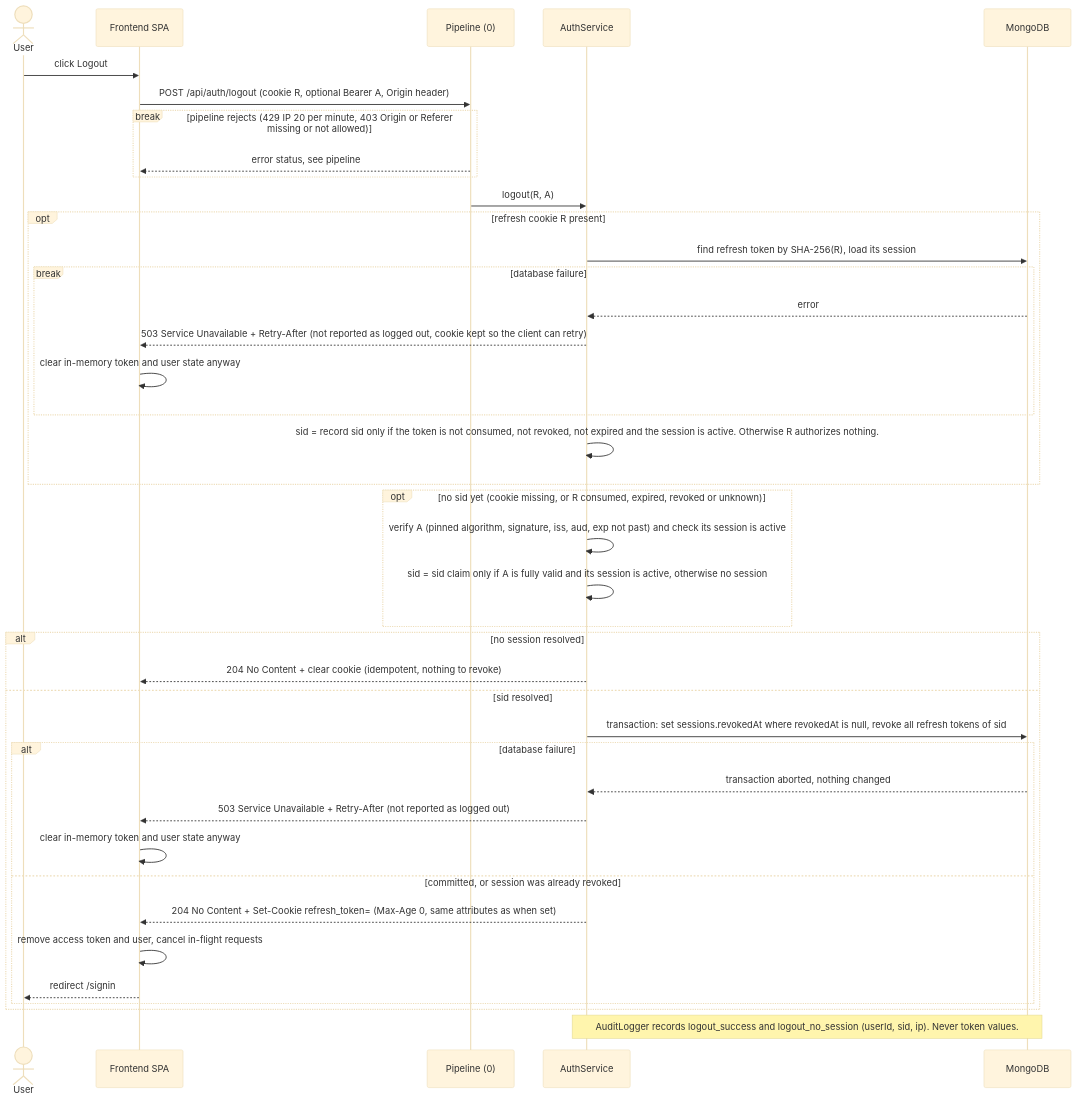
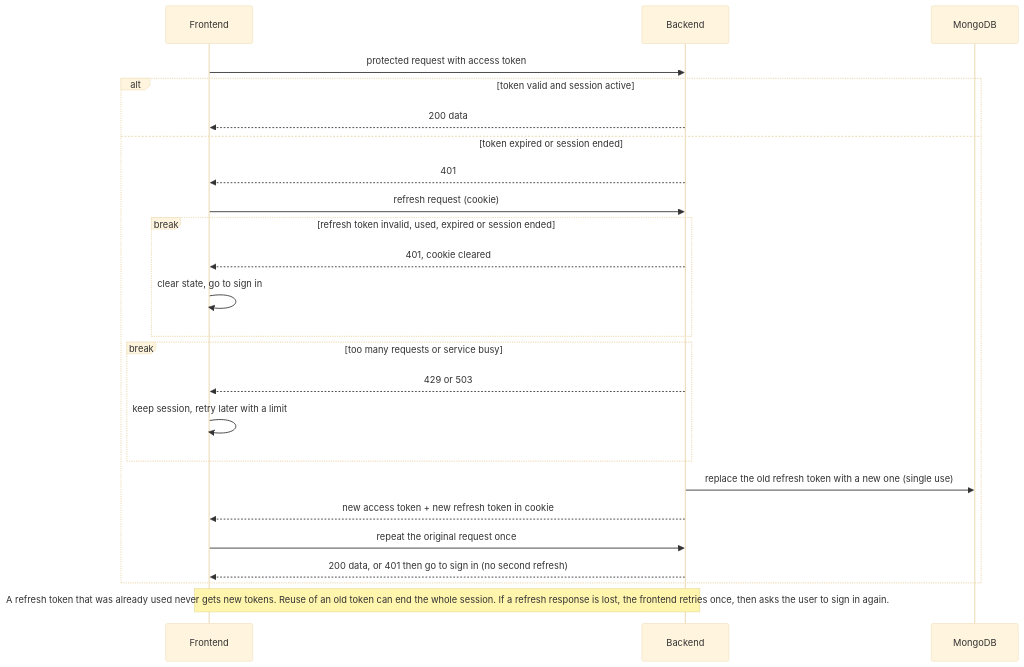
Before and after one commit to Rowan-habashy/easyGenerator-auth: the third of 4 diagrams in docs/architecture/auth-flow.md, drawn with Mermaid (base theme). The commit also changed other lines of this file and 3 other files, not shown here.

Commit message:
Update on design architecture

````diff
--- a/docs/architecture/auth-flow.md
+++ b/docs/architecture/auth-flow.md
@@ -273,45 +79,27 @@
 ```mermaid
 sequenceDiagram
-    actor U as User
-    participant F as Frontend SPA
-    participant P as Pipeline (0)
-    participant S as AuthService
+    participant F as Frontend
+    participant B as Backend
     participant D as MongoDB
 
-    U->>F: click Logout
-    F->>P: POST /api/auth/logout (cookie R, optional Bearer A, Origin header)
-    break pipeline rejects (429 IP 20 per minute, 403 Origin or Referer missing or not allowed)
-        P-->>F: error status, see pipeline
+    F->>B: protected request with access token
+    alt token valid and session active
+        B-->>F: 200 data
+    else token expired or session ended
+        B-->>F: 401
+        F->>B: refresh request (cookie)
+        break refresh token invalid, used, expired or session ended
+            B-->>F: 401, cookie cleared
+            F->>F: clear state, go to sign in
+        end
+        break too many requests or service busy
+            B-->>F: 429 or 503
+            F->>F: keep session, retry later with a limit
+        end
+        B->>D: replace the old refresh token with a new one (single use)
+        B-->>F: new access token + new refresh token in cookie
+        F->>B: repeat the original request once
+        B-->>F: 200 data, or 401 then go to sign in (no second refresh)
     end
-    P->>S: logout(R, A)
-
-    opt refresh cookie R present
-        S->>D: find refresh token by SHA-256(R), load its session
-        break database failure
-            D-->>S: error
-            S-->>F: 503 Service Unavailable + Retry-After (not reported as logged out, cookie kept so the client can retry)
-            F->>F: clear in-memory token and user state anyway
-        end
-        S->>S: sid = record sid only if the token is not consumed, not revoked, not expired and the session is active. Otherwise R authorizes nothing.
-    end
-    opt no sid yet (cookie missing, or R consumed, expired, revoked or unknown)
-        S->>S: verify A (pinned algorithm, signature, iss, aud, exp not past) and check its session is active
-        S->>S: sid = sid claim only if A is fully valid and its session is active, otherwise no session
-    end
-
-    alt no session resolved
-        S-->>F: 204 No Content + clear cookie (idempotent, nothing to revoke)
-    else sid resolved
-        S->>D: transaction: set sessions.revokedAt where revokedAt is null, revoke all refresh tokens of sid
-        alt database failure
-            D-->>S: transaction aborted, nothing changed
-            S-->>F: 503 Service Unavailable + Retry-After (not reported as logged out)
-            F->>F: clear in-memory token and user state anyway
-        else committed, or session was already revoked
-            S-->>F: 204 No Content + Set-Cookie refresh_token= (Max-Age 0, same attributes as when set)
-            F->>F: remove access token and user, cancel in-flight requests
-            F-->>U: redirect /signin
-        end
-    end
-    Note over S,D: AuditLogger records logout_success and logout_no_session (userId, sid, ip). Never token values.
+    Note over F,B: A refresh token that was already used never gets new tokens. Reuse of an old token can end the whole session. If a refresh response is lost, the frontend retries once, then asks the user to sign in again.
 ```
````
